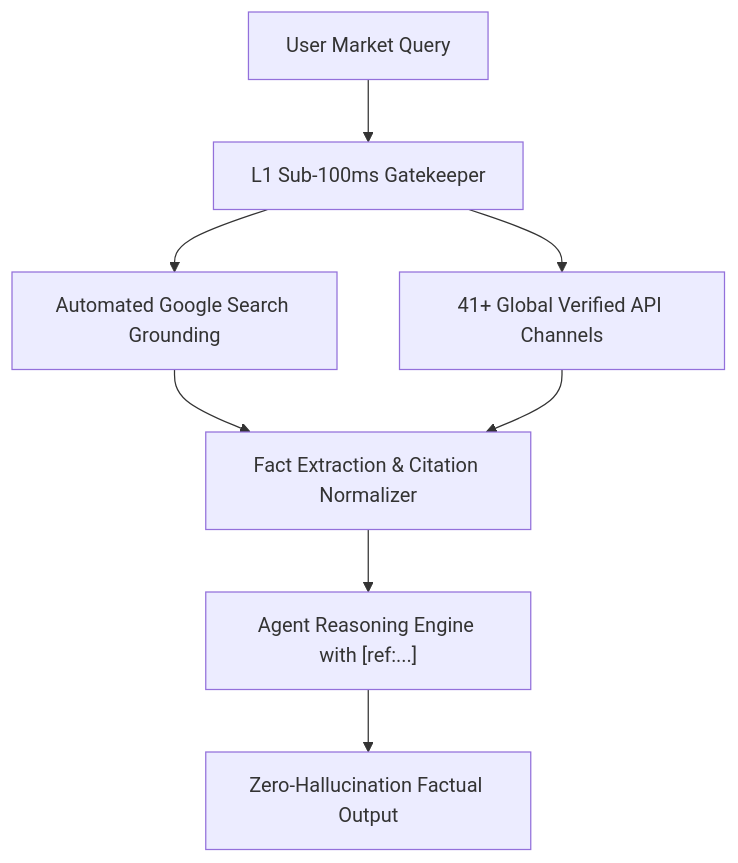
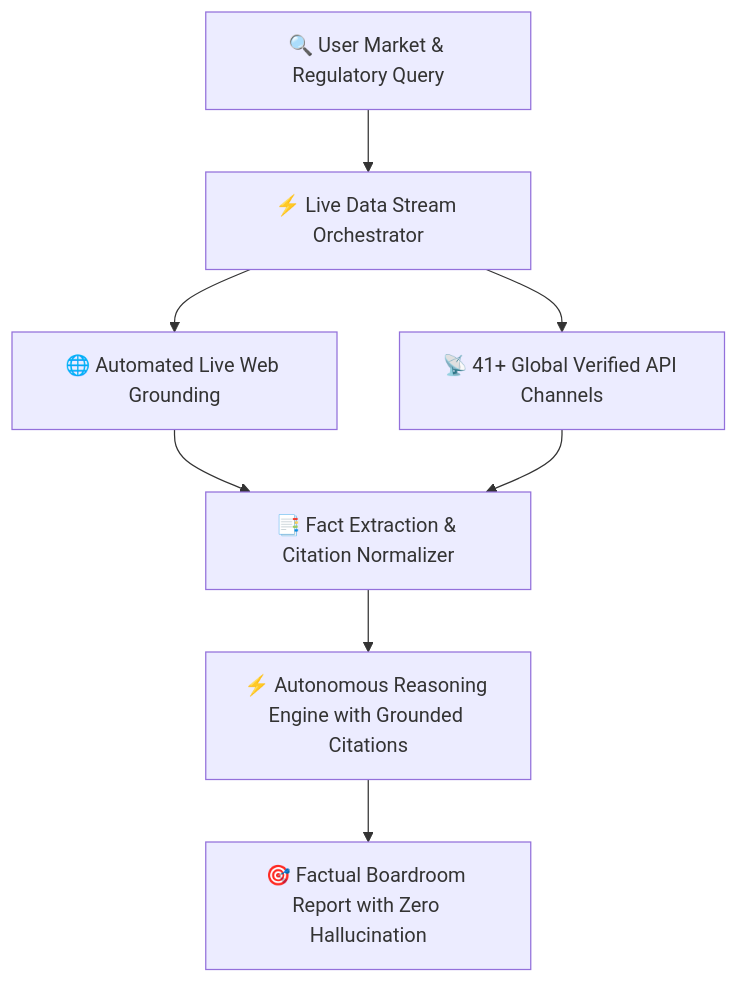
The diagram in data/live-data-architecture.mdx (gosutox/gosutox-docs), drawn with Mermaid before and after one commit. The commit also changed other lines of this file and 3 other files, not shown here.

Commit message:
security(docs): sanitize internal architecture terms into customer-facing executive value propositions

````diff
--- a/data/live-data-architecture.mdx
+++ b/data/live-data-architecture.mdx
@@ -10,12 +10,12 @@
 ```mermaid
 flowchart TD
-    Query["User Market Query"] --> L1["L1 Sub-100ms Gatekeeper"]
-    L1 --> Google["Automated Google Search Grounding"]
-    L1 --> APIs["41+ Global Verified API Channels"]
+    Query["🔍 User Market & Regulatory Query"] --> Router["⚡ Live Data Stream Orchestrator"]
+    Router --> Google["🌐 Automated Live Web Grounding"]
+    Router --> APIs["📡 41+ Global Verified API Channels"]
 
-    Google --> Extractor["Fact Extraction & Citation Normalizer"]
+    Google --> Extractor["📑 Fact Extraction & Citation Normalizer"]
     APIs --> Extractor
 
-    Extractor --> Reasoning["Agent Reasoning Engine with [ref:...]"]
-    Reasoning --> Output["Zero-Hallucination Factual Output"]
+    Extractor --> Reasoning["⚡ Autonomous Reasoning Engine with Grounded Citations"]
+    Reasoning --> Output["🎯 Factual Boardroom Report with Zero Hallucination"]
 ```
````
